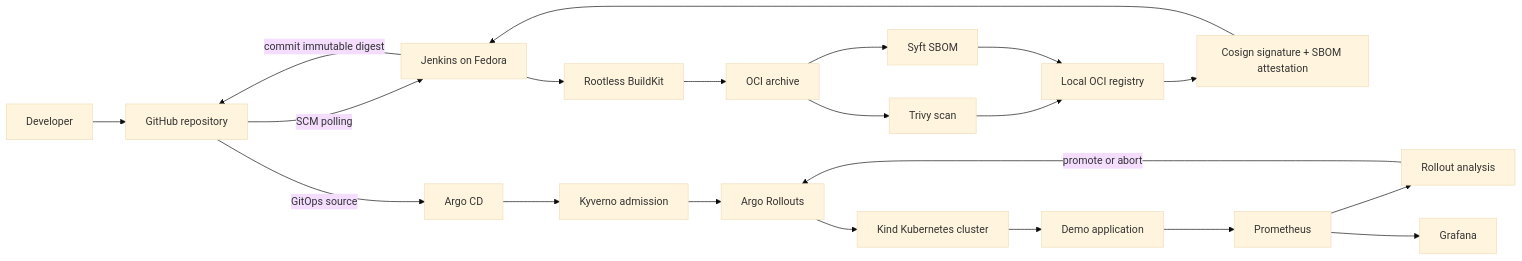
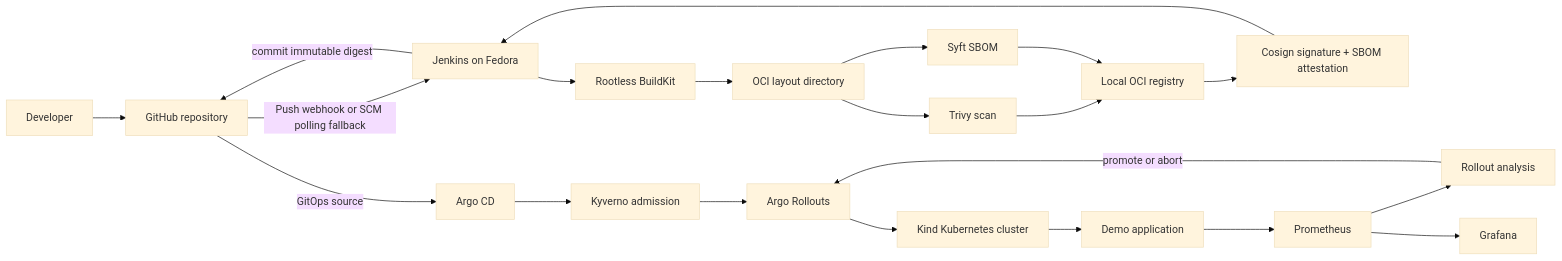
One commit to anouarharrou/secure-gitops-delivery-platform changed the diagram in docs/architecture.md. Above: the diagram before and after it, drawn with Mermaid (base theme). The commit also changed other lines of this file and 16 other files, not shown here.

````diff
--- a/docs/architecture.md
+++ b/docs/architecture.md
@@ -11,23 +11,23 @@
 ```mermaid
 flowchart LR
   Dev[Developer] --> GH[GitHub repository]
-  GH -->|SCM polling| J[Jenkins on Fedora]
+  GH -->|Push webhook or SCM polling fallback| J[Jenkins on Fedora]
   J --> BK[Rootless BuildKit]
-  BK --> OCI[OCI archive]
+  BK --> OCI[OCI layout directory]
   OCI --> TV[Trivy scan]
   OCI --> SBOM[Syft SBOM]
   TV --> REG[Local OCI registry]
   SBOM --> REG
   REG --> SIGN[Cosign signature + SBOM attestation]
   SIGN --> J
   J -->|commit immutable digest| GH
   GH -->|GitOps source| CD[Argo CD]
   CD --> KY[Kyverno admission]
   KY --> RO[Argo Rollouts]
   RO --> K[Kind Kubernetes cluster]
   K --> APP[Demo application]
   APP --> PM[Prometheus]
   PM --> ANA[Rollout analysis]
   ANA -->|promote or abort| RO
   PM --> GF[Grafana]
 ```
````
